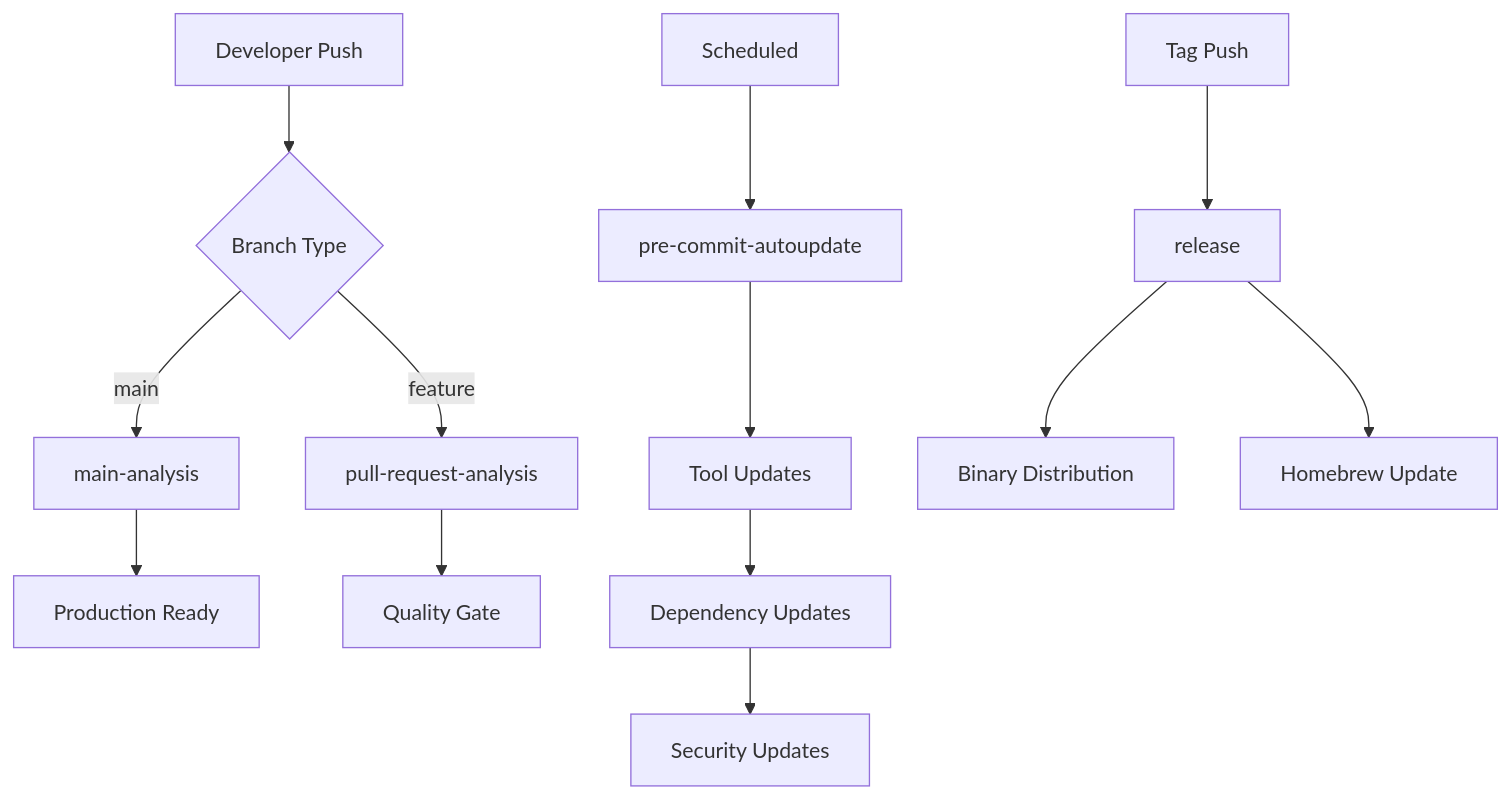
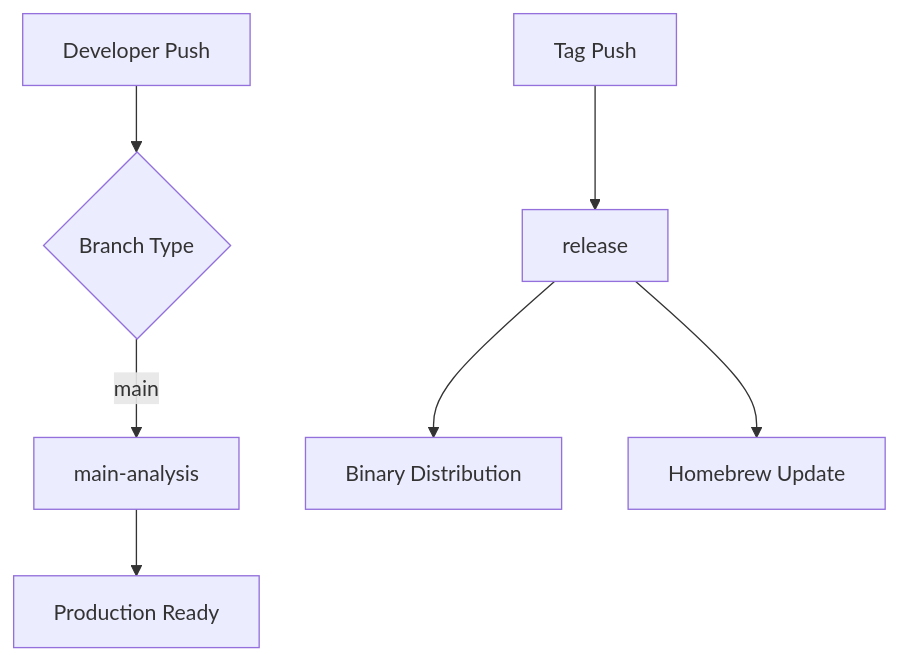
One commit to ericodx/swift-member-lineup changed the first of 6 diagrams in Docs/CI/README.md. Above: the diagram before and after it, drawn with Mermaid. The commit also changed other lines of this file and 3 other files, not shown here.

````diff
--- a/Docs/CI/README.md
+++ b/Docs/CI/README.md
@@ -95,18 +47,11 @@
 ```mermaid
 flowchart TD
     A[Developer Push] --> B{Branch Type}
     B -->|main| C[main-analysis]
-    B -->|feature| D[pull-request-analysis]
-    
-    C --> E[Production Ready]
-    D --> F[Quality Gate]
-    
-    G[Scheduled] --> H[pre-commit-autoupdate]
-    H --> I[Tool Updates]
-    I --> J[Dependency Updates]
-    J --> K[Security Updates]
-    
-    L[Tag Push] --> M[release]
-    M --> N[Binary Distribution]
-    M --> O[Homebrew Update]
+
+    C --> D[Production Ready]
+
+    E[Tag Push] --> F[release]
+    F --> G[Binary Distribution]
+    F --> H[Homebrew Update]
 ```
````
